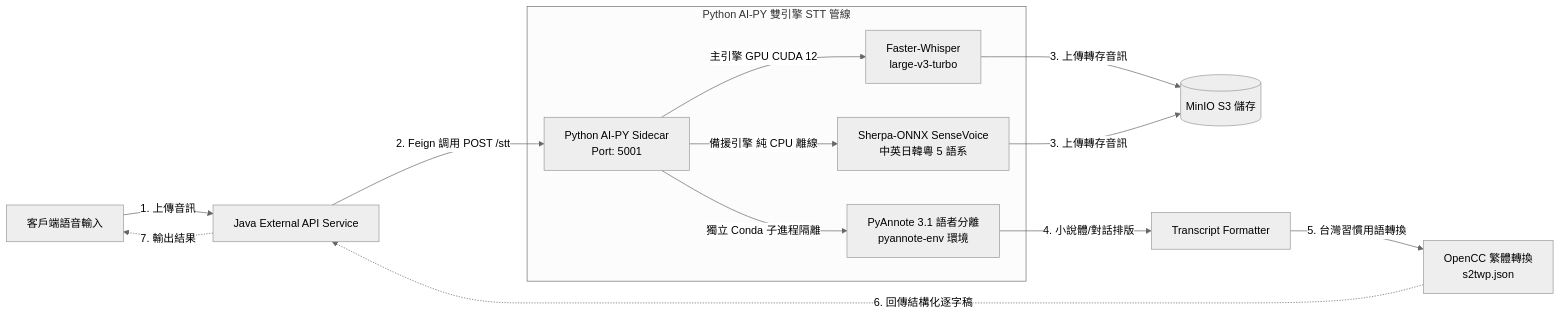
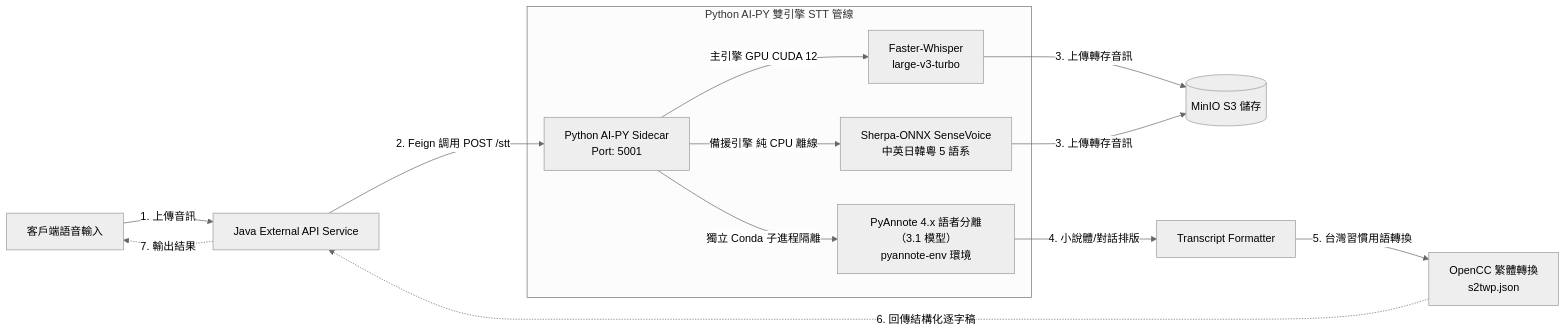
Diagram 12 of 15 in README.md (twinatrick/Backend-Architecture-Lab), drawn with Mermaid (neutral theme) before and after one commit. The commit also changed 7 other files, not shown here.

````diff
--- a/README.md
+++ b/README.md
@@ -872,17 +872,17 @@
 ```mermaid
 graph LR
     Client["客戶端語音輸入"] -->|1. 上傳音訊| JavaWeb["Java External API Service"]
     JavaWeb -->|2. Feign 調用 POST /stt| PySidecar["Python AI-PY Sidecar<br/>Port: 5001"]
 
     subgraph "Python AI-PY 雙引擎 STT 管線"
         PySidecar -->|主引擎 GPU CUDA 12| Whisper["Faster-Whisper<br/>large-v3-turbo"]
         PySidecar -->|備援引擎 純 CPU 離線| SenseVoice["Sherpa-ONNX SenseVoice<br/>中英日韓粵 5 語系"]
-        PySidecar -->|獨立 Conda 子進程隔離| PyAnnote["PyAnnote 3.1 語者分離<br/>pyannote-env 環境"]
+        PySidecar -->|獨立 Conda 子進程隔離| PyAnnote["PyAnnote 4.x 語者分離（3.1 模型）<br/>pyannote-env 環境"]
     end
 
     Whisper & SenseVoice -->|3. 上傳轉存音訊| MinIO[("MinIO S3 儲存")]
     PyAnnote -->|4. 小說體/對話排版| Formatter["Transcript Formatter"]
     Formatter -->|5. 台灣習慣用語轉換| OpenCC["OpenCC 繁體轉換<br/>s2twp.json"]
     OpenCC -.->|6. 回傳結構化逐字稿| JavaWeb
     JavaWeb -.->|7. 輸出結果| Client
 ```
````
